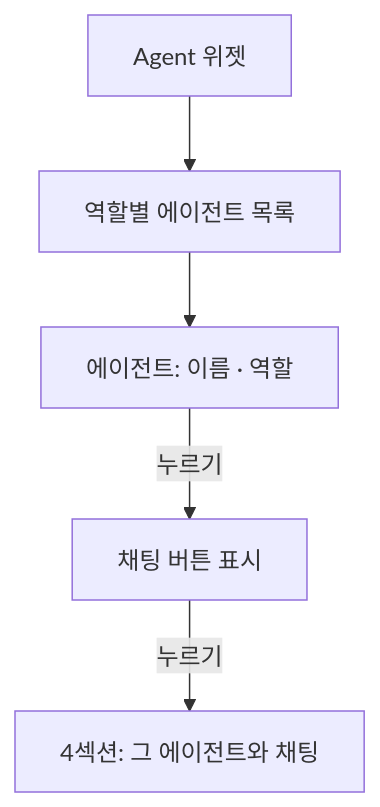
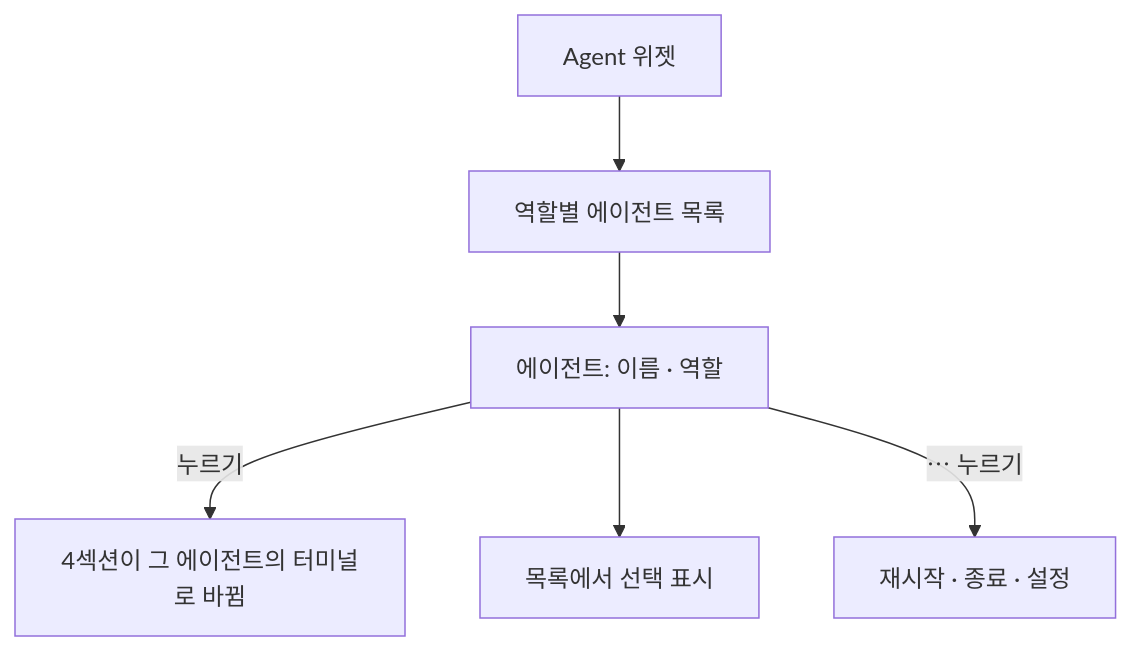
The third of 9 diagrams in docs/user-flow.md (tnscjf3146/scheduler), drawn with Mermaid before and after one commit. The commit also changed other lines of this file and 2 other files, not shown here.

First line of the commit message:
docs: 결재 문서 흐름 추가, Agent 선택을 한 번에 터미널로 전환

````diff
--- a/docs/user-flow.md
+++ b/docs/user-flow.md
@@ -65,7 +66,8 @@
 ```mermaid
 flowchart TD
     Widget[Agent 위젯] --> List[역할별 에이전트 목록]
     List --> Item[에이전트: 이름 · 역할]
-    Item -- 누르기 --> ChatBtn[채팅 버튼 표시]
-    ChatBtn -- 누르기 --> Panel[4섹션: 그 에이전트와 채팅]
+    Item -- 누르기 --> Panel[4섹션이 그 에이전트의 터미널로 바뀜]
+    Item --> Mark[목록에서 선택 표시]
+    Item -- ⋯ 누르기 --> Menu[재시작 · 종료 · 설정]
 ```
````
